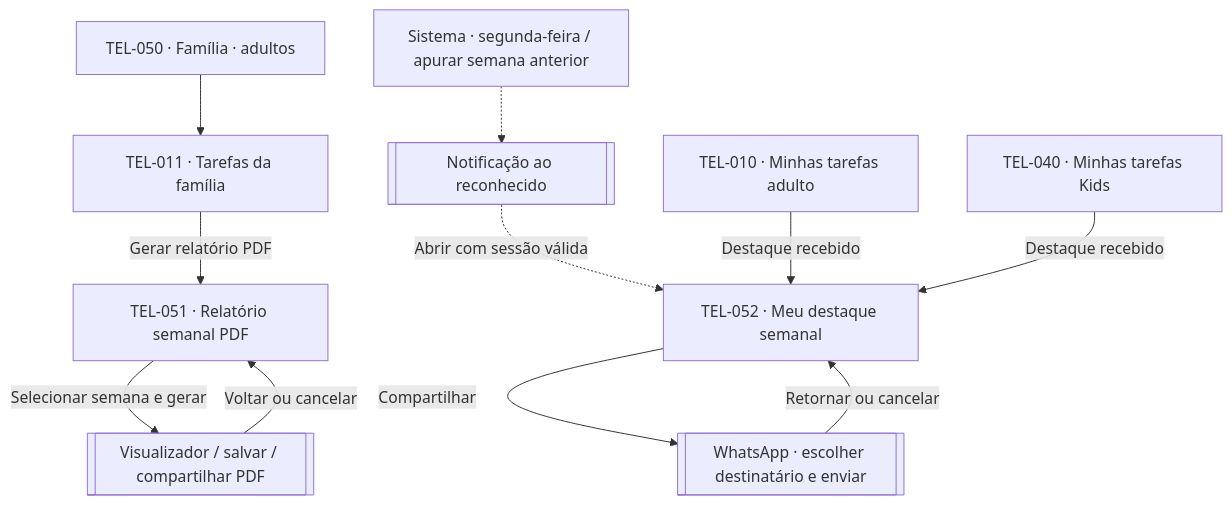
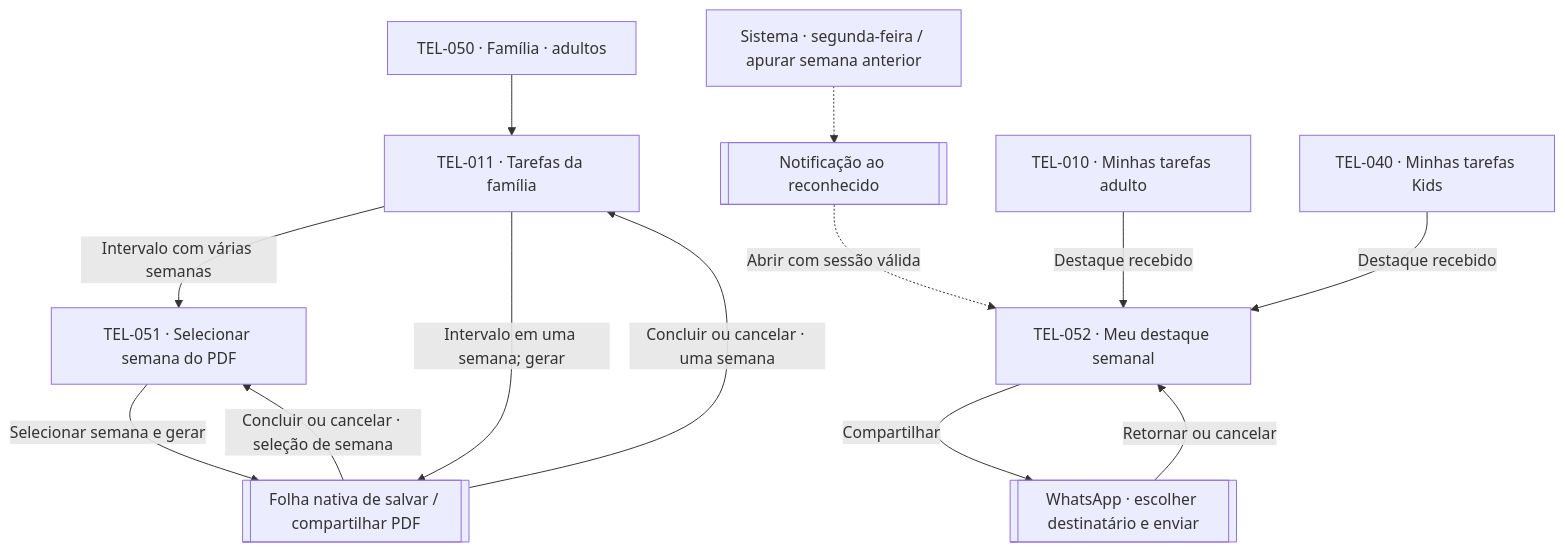
Before and after one commit to lizandramalta/App-Rotina-Familiar: the sixth of 6 diagrams in docs/design/screen-map.md, drawn with Mermaid. The commit also changed other lines of this file and 80 other files, not shown here.

Commit message:
feat(family): align family screens and recognition flows

````diff
--- a/docs/design/screen-map.md
+++ b/docs/design/screen-map.md
@@ -216,13 +221,15 @@
 ```mermaid
 flowchart TD
     T050["TEL-050 · Família · adultos"] --> T011["TEL-011 · Tarefas da família"]
-    T011 -->|Gerar relatório PDF| T051["TEL-051 · Relatório semanal PDF"]
-    T051 -->|Selecionar semana e gerar| PDF[["Visualizador / salvar / compartilhar PDF"]]
-    PDF -->|Voltar ou cancelar| T051
+    T011 -->|Intervalo com várias semanas| T051["TEL-051 · Selecionar semana do PDF"]
+    T011 -->|Intervalo em uma semana; gerar| PDF[["Folha nativa de salvar / compartilhar PDF"]]
+    T051 -->|Selecionar semana e gerar| PDF
+    PDF -->|Concluir ou cancelar · uma semana| T011
+    PDF -->|Concluir ou cancelar · seleção de semana| T051
     Job["Sistema · segunda-feira / apurar semana anterior"] -.-> N[["Notificação ao reconhecido"]]
     N -.->|Abrir com sessão válida| T052["TEL-052 · Meu destaque semanal"]
     T010["TEL-010 · Minhas tarefas adulto"] -->|Destaque recebido| T052
     T040["TEL-040 · Minhas tarefas Kids"] -->|Destaque recebido| T052
     T052 -->|Compartilhar| W[["WhatsApp · escolher destinatário e enviar"]]
     W -->|Retornar ou cancelar| T052
 ```
````
